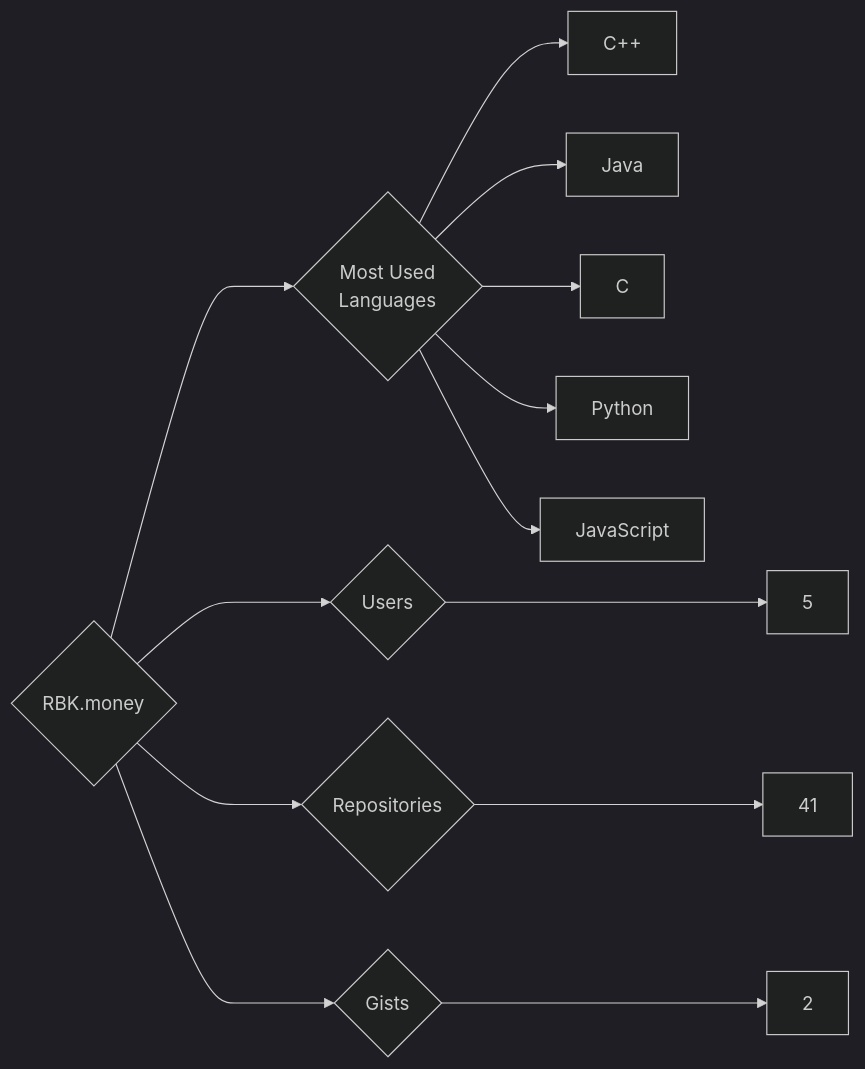
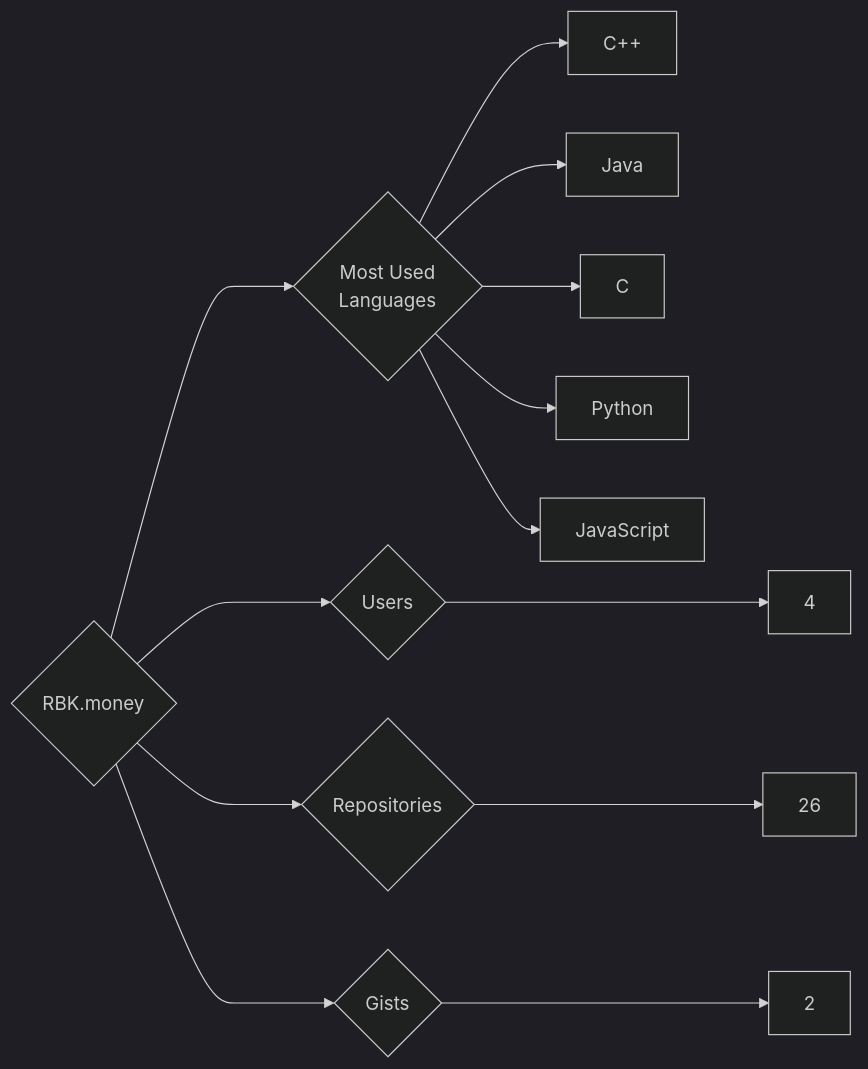
The diagram in targets/RBK.money/README.md (trickest/insiders), drawn with Mermaid (dark theme) before and after one commit. The commit also changed 797 other files, not shown here.

````diff
--- a/targets/RBK.money/README.md
+++ b/targets/RBK.money/README.md
@@ -3,13 +3,13 @@
 ```mermaid
 graph LR
 COMPANY_NAME{RBK.money}
-COMPANY_NAME ---> U{Users} ---> UN[5]
-COMPANY_NAME ---> R{Repositories} ---> RN[41]
+COMPANY_NAME ---> U{Users} ---> UN[4]
+COMPANY_NAME ---> R{Repositories} ---> RN[26]
 COMPANY_NAME ---> G{Gists} ---> GN[2]
 COMPANY_NAME ---> ML{Most Used<br>Languages}
 ML --> C++[C++]
 ML --> Java[Java]
 ML --> C[C]
 ML --> Python[Python]
 ML --> JavaScript[JavaScript]
 ```
````
